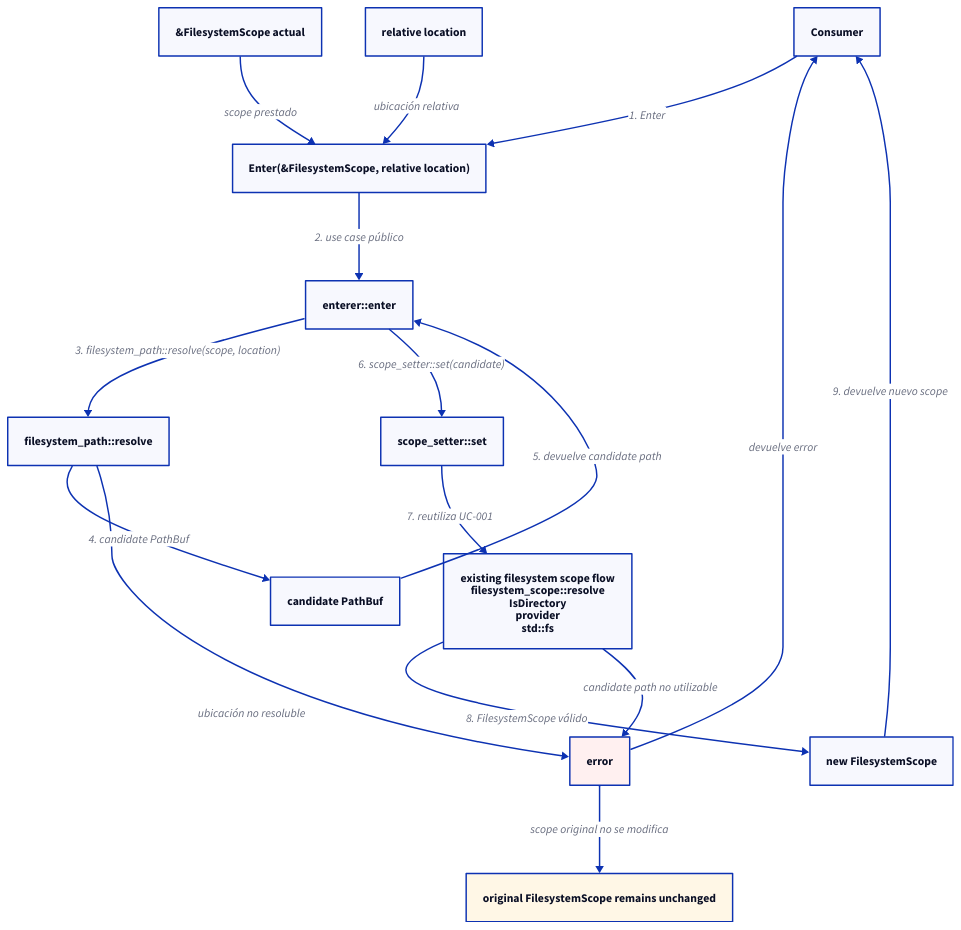
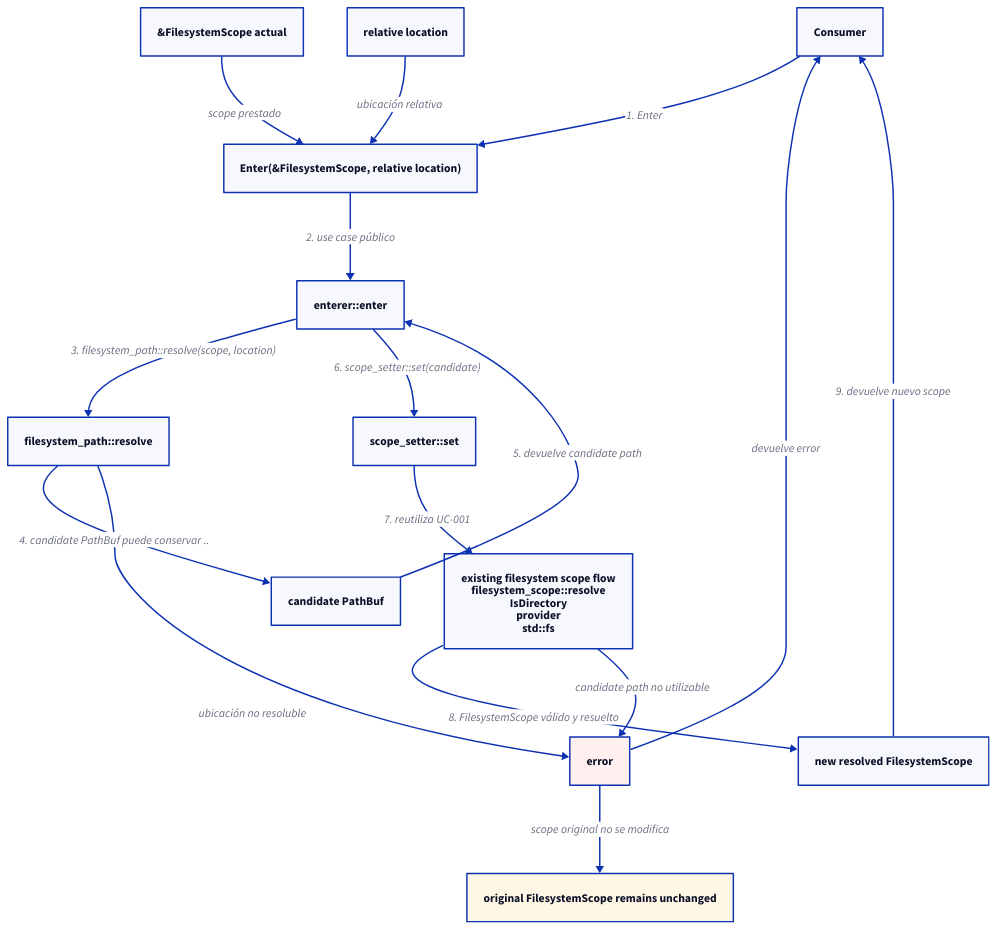
Before and after one commit to niqel/evolution: the diagram in evo-shell-engine/technical_documentation/use_cases/UC-003-enter-filesystem-scope/sequence.d2, drawn with D2. The commit also changed 16 other files, not shown here.

Commit message:
docs: define resolved filesystem scope and compact prompt

```diff
--- a/evo-shell-engine/technical_documentation/use_cases/UC-003-enter-filesystem-scope/sequence.d2
+++ b/evo-shell-engine/technical_documentation/use_cases/UC-003-enter-filesystem-scope/sequence.d2
@@ -1,68 +1,68 @@
 direction: down
 
 consumer: "Consumer" {
   shape: rectangle
 }
 
 current_scope: "&FilesystemScope actual" {
   shape: rectangle
 }
 
 location: "relative location" {
   shape: rectangle
 }
 
 enter_use_case: "Enter(&FilesystemScope, relative location)" {
   shape: rectangle
 }
 
 enterer_agent: "enterer::enter" {
   shape: rectangle
 }
 
 path_resolver: "filesystem_path::resolve" {
   shape: rectangle
 }
 
 candidate_path: "candidate PathBuf" {
   shape: rectangle
 }
 
 scope_setter_agent: "scope_setter::set" {
   shape: rectangle
 }
 
 existing_scope_flow: "existing filesystem scope flow\nfilesystem_scope::resolve\nIsDirectory\nprovider\nstd::fs" {
   shape: rectangle
 }
 
-new_scope: "new FilesystemScope" {
+new_scope: "new resolved FilesystemScope" {
   shape: rectangle
 }
 
 error: "error" {
   shape: rectangle
   style.fill: "#fff0f0"
 }
 
 unchanged: "original FilesystemScope remains unchanged" {
   shape: rectangle
   style.fill: "#fff7e6"
 }
 
 consumer -> enter_use_case: "1. Enter"
 current_scope -> enter_use_case: "scope prestado"
 location -> enter_use_case: "ubicación relativa"
 enter_use_case -> enterer_agent: "2. use case público"
 enterer_agent -> path_resolver: "3. filesystem_path::resolve(scope, location)"
-path_resolver -> candidate_path: "4. candidate PathBuf"
+path_resolver -> candidate_path: "4. candidate PathBuf puede conservar .."
 candidate_path -> enterer_agent: "5. devuelve candidate path"
 enterer_agent -> scope_setter_agent: "6. scope_setter::set(candidate)"
 scope_setter_agent -> existing_scope_flow: "7. reutiliza UC-001"
-existing_scope_flow -> new_scope: "8. FilesystemScope válido"
+existing_scope_flow -> new_scope: "8. FilesystemScope válido y resuelto"
 new_scope -> consumer: "9. devuelve nuevo scope"
 
 path_resolver -> error: "ubicación no resoluble"
 existing_scope_flow -> error: "candidate path no utilizable"
 error -> consumer: "devuelve error"
 error -> unchanged: "scope original no se modifica"
```
